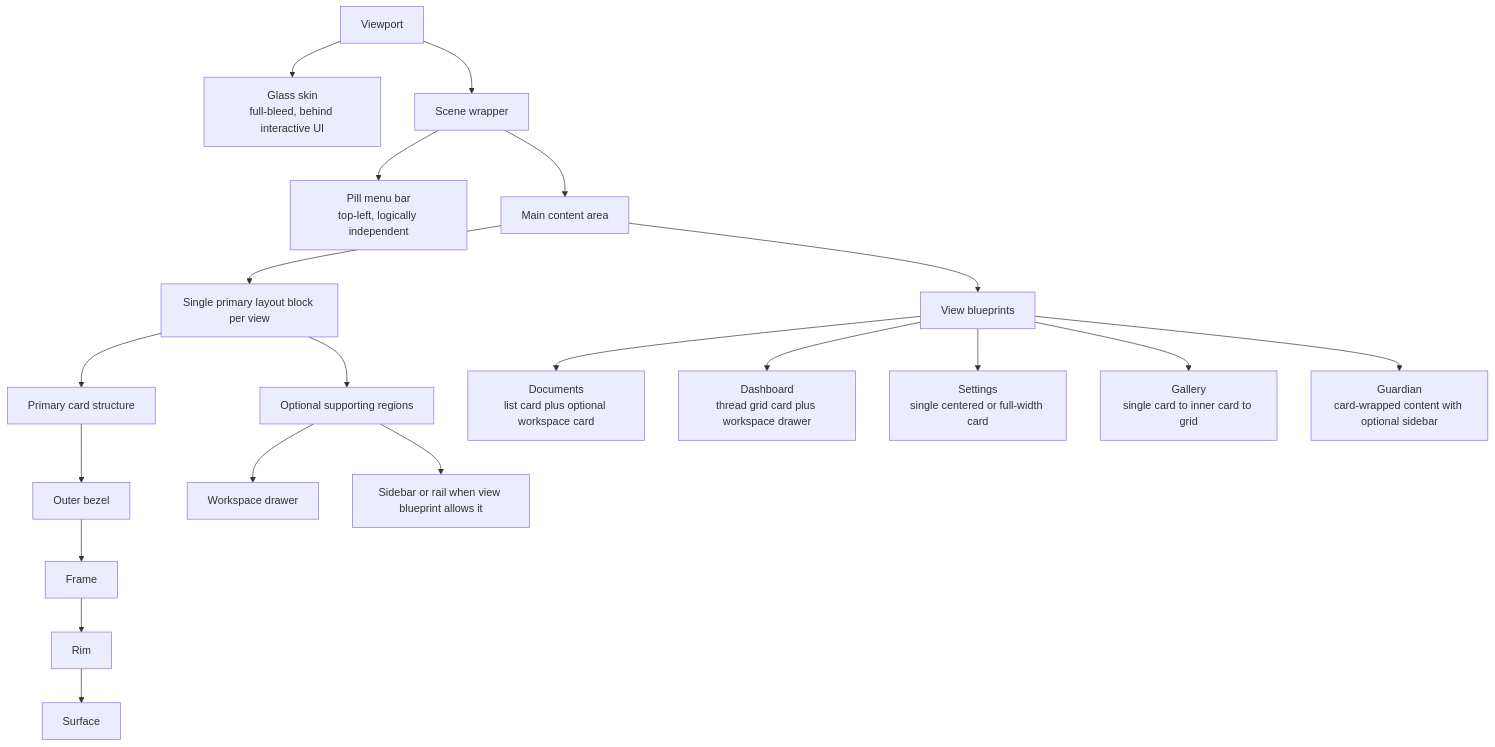
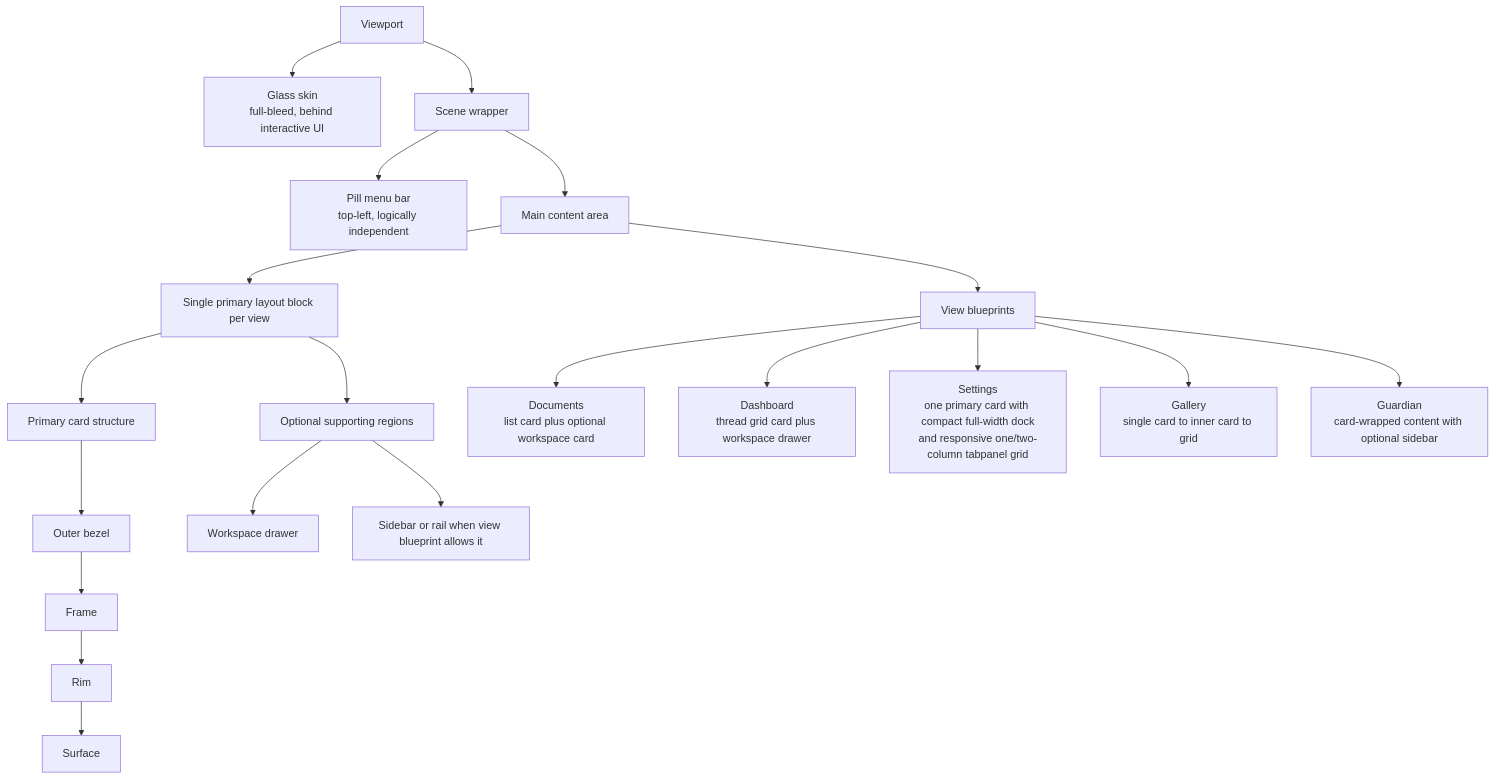
Before and after one commit to Resonant-Jones/Codexify: the second of 4 diagrams in docs/architecture/ui-diagrams-v1.md, drawn with Mermaid. The commit also changed 8 other files, not shown here.

Commit message:
Modernize Settings dock and responsive layout

````diff
--- a/docs/architecture/ui-diagrams-v1.md
+++ b/docs/architecture/ui-diagrams-v1.md
@@ -69,22 +69,22 @@
 ```mermaid
 flowchart TD
     A["Viewport"] --> B["Glass skin<br/>full-bleed, behind interactive UI"]
     A --> C["Scene wrapper"]
     C --> D["Pill menu bar<br/>top-left, logically independent"]
     C --> E["Main content area"]
     E --> F["Single primary layout block per view"]
     F --> G["Primary card structure"]
     G --> H["Outer bezel"]
     H --> I["Frame"]
     I --> J["Rim"]
     J --> K["Surface"]
     F --> L["Optional supporting regions"]
     L --> M["Workspace drawer"]
     L --> N["Sidebar or rail when view blueprint allows it"]
     E --> O["View blueprints"]
     O --> P["Documents<br/>list card plus optional workspace card"]
     O --> Q["Dashboard<br/>thread grid card plus workspace drawer"]
-    O --> R["Settings<br/>single centered or full-width card"]
+    O --> R["Settings<br/>one primary card with compact full-width dock<br/>and responsive one/two-column tabpanel grid"]
     O --> S["Gallery<br/>single card to inner card to grid"]
     O --> T["Guardian<br/>card-wrapped content with optional sidebar"]
 ```
````
